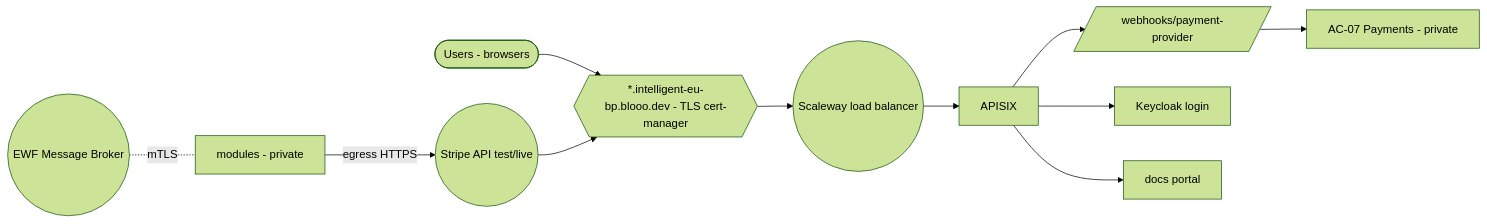
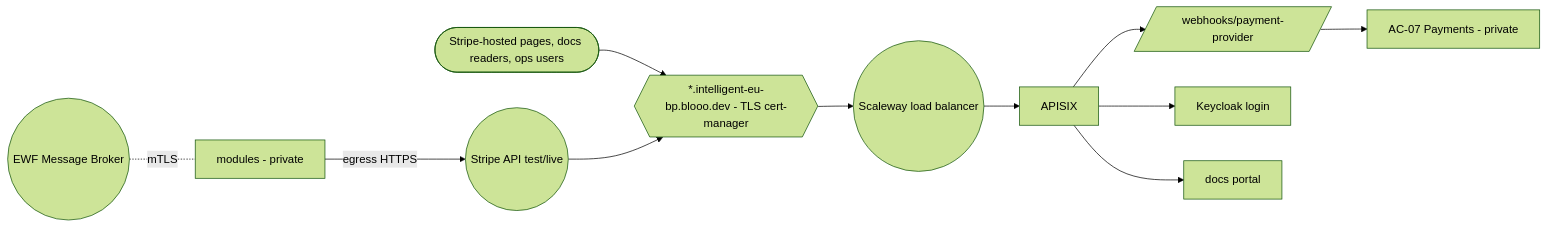
One commit to blooo-io/intelligent-eu-bps-source changed the second of 2 diagrams in docs/architecture/05-physical-architecture.md. Above: the diagram before and after it, drawn with Mermaid (forest theme). The commit also changed other lines of this file and 61 other files, not shown here.

````diff
--- a/docs/architecture/05-physical-architecture.md
+++ b/docs/architecture/05-physical-architecture.md
@@ -84,15 +84,15 @@
 ```mermaid
 %% elk %%
 flowchart LR
-  USER([Users - browsers]) --> DNS{{*.intelligent-eu-bp.blooo.dev - TLS cert-manager}}
+  USER([Stripe-hosted pages, docs readers, ops users]) --> DNS{{*.intelligent-eu-bp.blooo.dev - TLS cert-manager}}
   STRIPE((Stripe API test/live)) --> DNS
   EWF((EWF Message Broker)) -. mTLS .- MODS
   DNS --> LB((Scaleway load balancer))
   LB --> APX[APISIX]
   APX --> HOOK[/webhooks/payment-provider/]
   APX --> KC[Keycloak login]
   APX --> DOCS[docs portal]
   HOOK --> PAY[AC-07 Payments - private]
   MODS[modules - private]
   MODS -- egress HTTPS --> STRIPE
 ```
````
